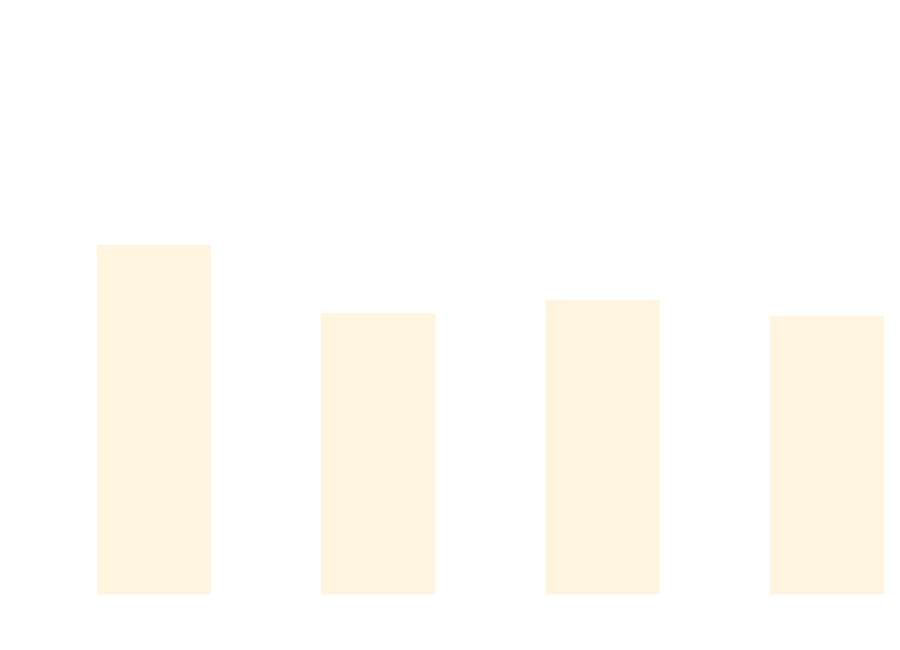
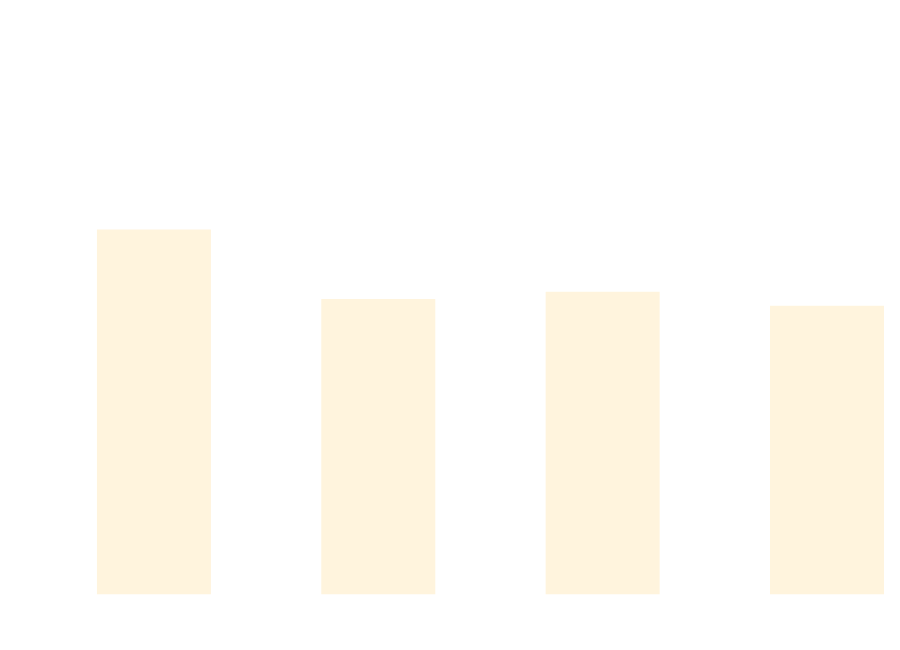
The diagram in docs/docs/benchmarks/BuildTime.md (thomhurst/TUnit), drawn with Mermaid before and after one commit. The commit also changed other lines of this file and 17 other files, not shown here.

````diff
--- a/docs/docs/benchmarks/BuildTime.md
+++ b/docs/docs/benchmarks/BuildTime.md
@@ -28,37 +28,37 @@
 ```mermaid
 %%{init: {
   'theme':'base',
   'themeVariables': {
     'primaryColor': '#2563eb',
     'primaryTextColor': '#ffffff',
     'primaryBorderColor': '#1e40af',
     'lineColor': '#6b7280',
     'secondaryColor': '#7c3aed',
     'tertiaryColor': '#dc2626',
     'background': '#ffffff',
     'mainBkg': '#2563eb',
     'secondBkg': '#7c3aed',
     'tertiaryBkg': '#dc2626',
     'clusterBkg': '#f3f4f6',
     'edgeLabelBackground': '#ffffff',
     'tertiaryTextColor': '#1f2937',
     'pie1': '#2563eb',
     'pie2': '#7c3aed',
     'pie3': '#dc2626',
     'pie4': '#f59e0b',
     'pie5': '#10b981',
     'pie6': '#06b6d4',
     'pie7': '#ec4899',
     'pie8': '#6366f1',
     'pie9': '#84cc16',
     'pie10': '#f97316',
     'pie11': '#14b8a6',
     'pie12': '#a855f7'
   }
 }}%%
 xychart-beta
   title "Build Time Comparison"
   x-axis ["Build_TUnit", "Build_NUnit", "Build_MSTest", "Build_xUnit3"]
   y-axis "Time (s)" 0 --> 3
-  bar [2.009, 1.606, 1.683, 1.589]
+  bar [2.1, 1.688, 1.731, 1.648]
 ```
````
